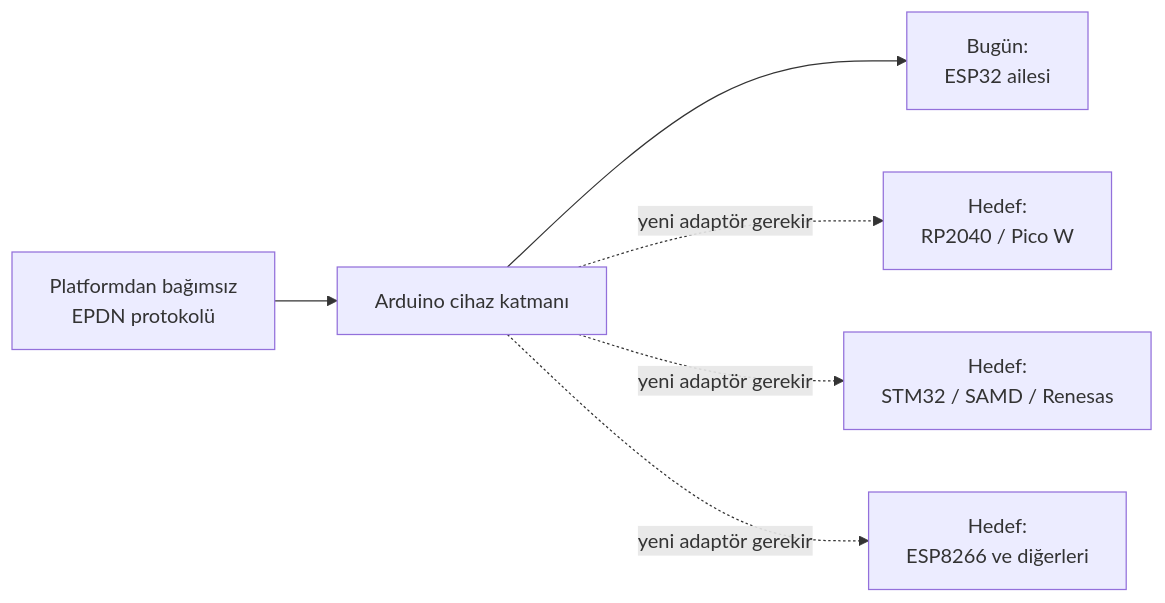
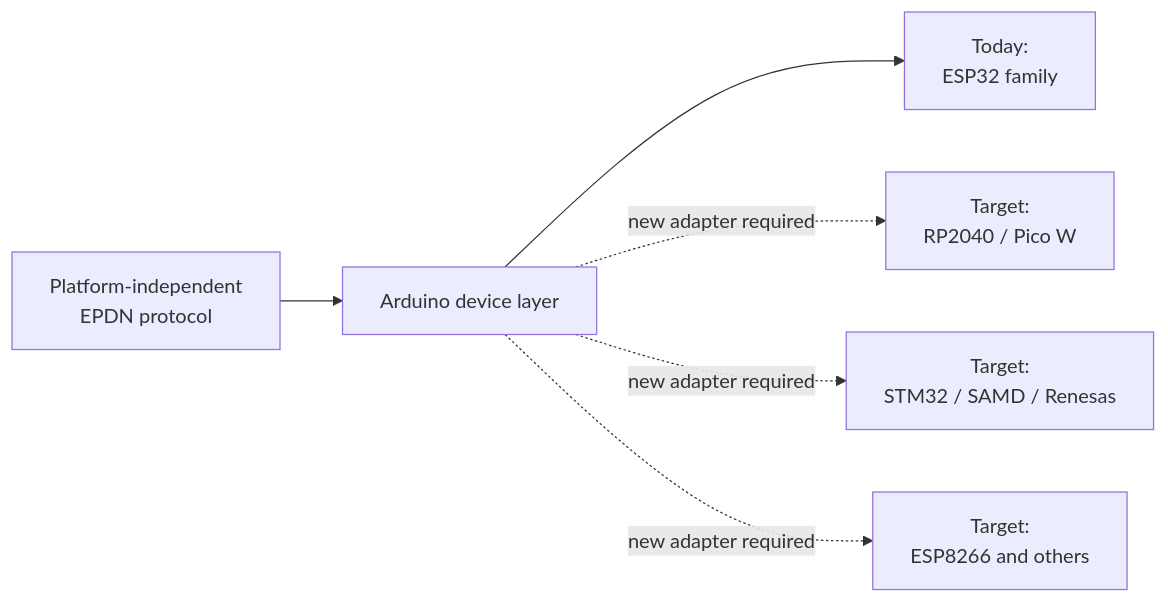
The third of 15 diagrams in README.md (UfkuAcik/Embedded_Proof-of-Device_Network), drawn with Mermaid before and after one commit. The commit also changed other lines of this file, not shown here.

````diff
--- a/README.md
+++ b/README.md
@@ -152,8 +153,8 @@
 ```mermaid
 flowchart LR
-    A["Platformdan bağımsız<br/>EPDN protokolü"] --> B["Arduino cihaz katmanı"]
-    B --> C["Bugün:<br/>ESP32 ailesi"]
-    B -.->|"yeni adaptör gerekir"| D["Hedef:<br/>RP2040 / Pico W"]
-    B -.->|"yeni adaptör gerekir"| E["Hedef:<br/>STM32 / SAMD / Renesas"]
-    B -.->|"yeni adaptör gerekir"| F["Hedef:<br/>ESP8266 ve diğerleri"]
+    A["Platform-independent<br/>EPDN protocol"] --> B["Arduino device layer"]
+    B --> C["Today:<br/>ESP32 family"]
+    B -.->|"new adapter required"| D["Target:<br/>RP2040 / Pico W"]
+    B -.->|"new adapter required"| E["Target:<br/>STM32 / SAMD / Renesas"]
+    B -.->|"new adapter required"| F["Target:<br/>ESP8266 and others"]
 ```
````
